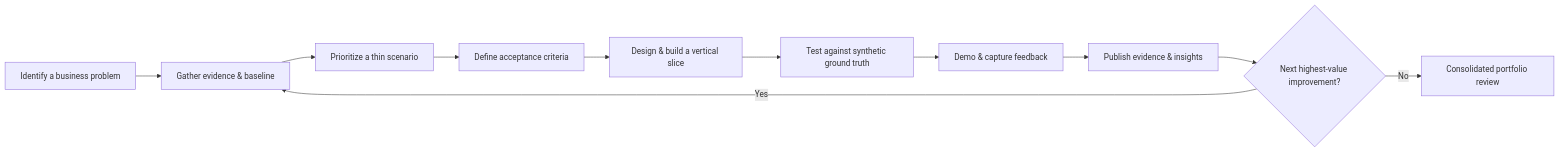
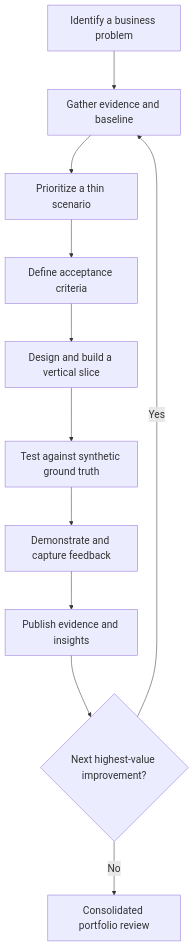
The diagram in case-studies/normack-shipping/PROJECT_ROADMAP.md (D-Clerk/Portfolio_DC), drawn with Mermaid before and after one commit. The commit also changed other lines of this file, not shown here.

Commit message:
Refactor PROJECT_ROADMAP.md for better readability
Updated section headers and improved formatting for clarity.

````diff
--- a/case-studies/normack-shipping/PROJECT_ROADMAP.md
+++ b/case-studies/normack-shipping/PROJECT_ROADMAP.md
@@ -28,13 +28,15 @@
 ```mermaid
-flowchart LR
-    A[Identify a business problem] --> B[Gather evidence & baseline]
-    B --> C[Prioritize a thin scenario]
-    C --> D[Define acceptance criteria]
-    D --> E[Design & build a vertical slice]
-    E --> F[Test against synthetic ground truth]
-    F --> G[Demo & capture feedback]
-    G --> H[Publish evidence & insights]
-    H --> I{Next highest-value improvement?}
+%%{init: {"theme": "default", "themeVariables": {"fontSize": "20px"}, "flowchart": {"nodeSpacing": 55, "rankSpacing": 75, "useMaxWidth": false}}}%%
+
+flowchart TB
+    A["Identify a business problem"] --> B["Gather evidence and baseline"]
+    B --> C["Prioritize a thin scenario"]
+    C --> D["Define acceptance criteria"]
+    D --> E["Design and build a vertical slice"]
+    E --> F["Test against synthetic ground truth"]
+    F --> G["Demonstrate and capture feedback"]
+    G --> H["Publish evidence and insights"]
+    H --> I{"Next highest-value improvement?"}
     I -->|Yes| B
-    I -->|No| J[Consolidated portfolio review]
+    I -->|No| J["Consolidated portfolio review"]
 ```
````
